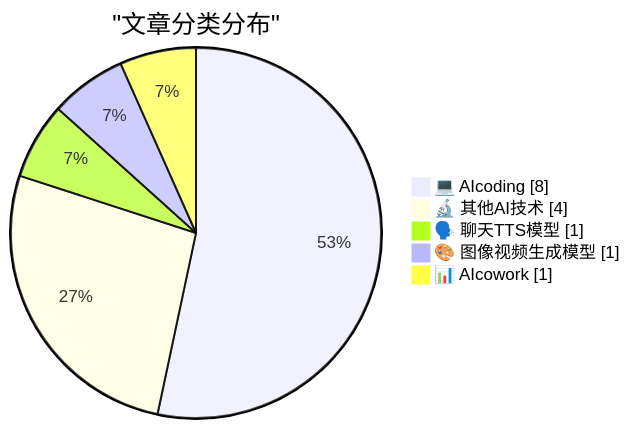
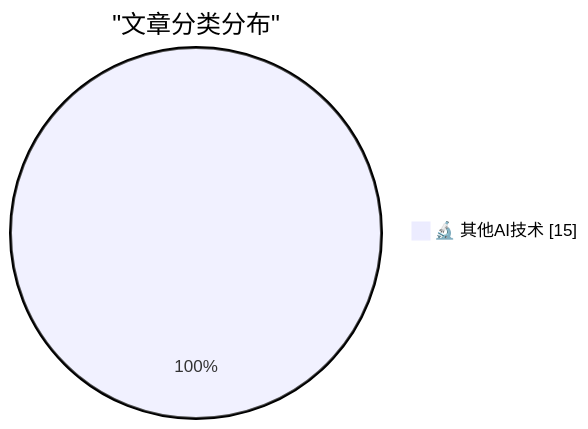
The diagram in digests/digest-20260302.md (MirrMeur/ai-daily-digest), drawn with Mermaid before and after one commit. The commit also changed other lines of this file, not shown here.

````diff
--- a/digests/digest-20260302.md
+++ b/digests/digest-20260302.md
@@ -73,9 +47,5 @@
 ```mermaid
 pie showData
     title "文章分类分布"
-    "💻 AIcoding" : 8
-    "🔬 其他AI技术" : 4
-    "🗣️ 聊天TTS模型" : 1
-    "🎨 图像视频生成模型" : 1
-    "📊 AIcowork" : 1
+    "🔬 其他AI技术" : 15
 ```
````
